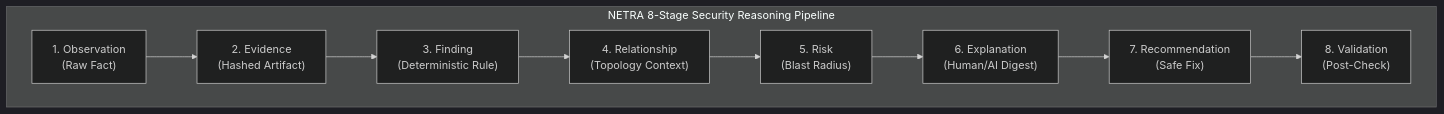
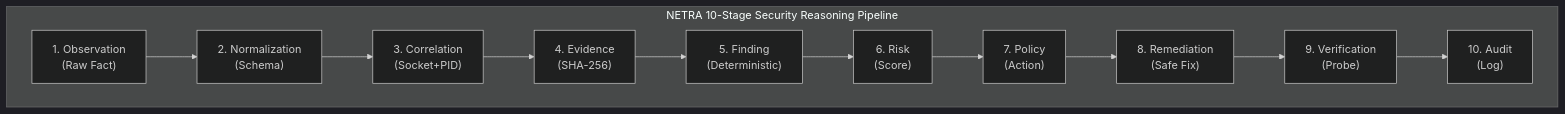
Before and after one commit to Subhadip-Paul2006/NETRA-Backend: the fourth of 5 diagrams in docs/RESEARCH.md, drawn with Mermaid (dark theme). The commit also changed other lines of this file and 15 other files, not shown here.

Commit message:
docs: establish authoritative open-source academic architecture & technical specification suite

````diff
--- a/docs/RESEARCH.md
+++ b/docs/RESEARCH.md
@@ -124,13 +143,15 @@
 ```mermaid
 flowchart TD
-    subgraph Pipeline["NETRA 8-Stage Security Reasoning Pipeline"]
+    subgraph Pipeline["NETRA 10-Stage Security Reasoning Pipeline"]
         direction LR
-        Obs["1. Observation<br/>(Raw Fact)"] --> Ev["2. Evidence<br/>(Hashed Artifact)"]
-        Ev --> Fnd["3. Finding<br/>(Deterministic Rule)"]
-        Fnd --> Rel["4. Relationship<br/>(Topology Context)"]
-        Rel --> Rsk["5. Risk<br/>(Blast Radius)"]
-        Rsk --> Exp["6. Explanation<br/>(Human/AI Digest)"]
-        Exp --> Rec["7. Recommendation<br/>(Safe Fix)"]
-        Rec --> Val["8. Validation<br/>(Post-Check)"]
+        Obs["1. Observation<br/>(Raw Fact)"] --> Norm["2. Normalization<br/>(Schema)"]
+        Norm --> Corr["3. Correlation<br/>(Socket+PID)"]
+        Corr --> Ev["4. Evidence<br/>(SHA-256)"]
+        Ev --> Fnd["5. Finding<br/>(Deterministic)"]
+        Fnd --> Rsk["6. Risk<br/>(Score)"]
+        Rsk --> Pol["7. Policy<br/>(Action)"]
+        Pol --> Act["8. Remediation<br/>(Safe Fix)"]
+        Act --> Val["9. Verification<br/>(Probe)"]
+        Val --> Aud["10. Audit<br/>(Log)"]
     end
 ```
````
